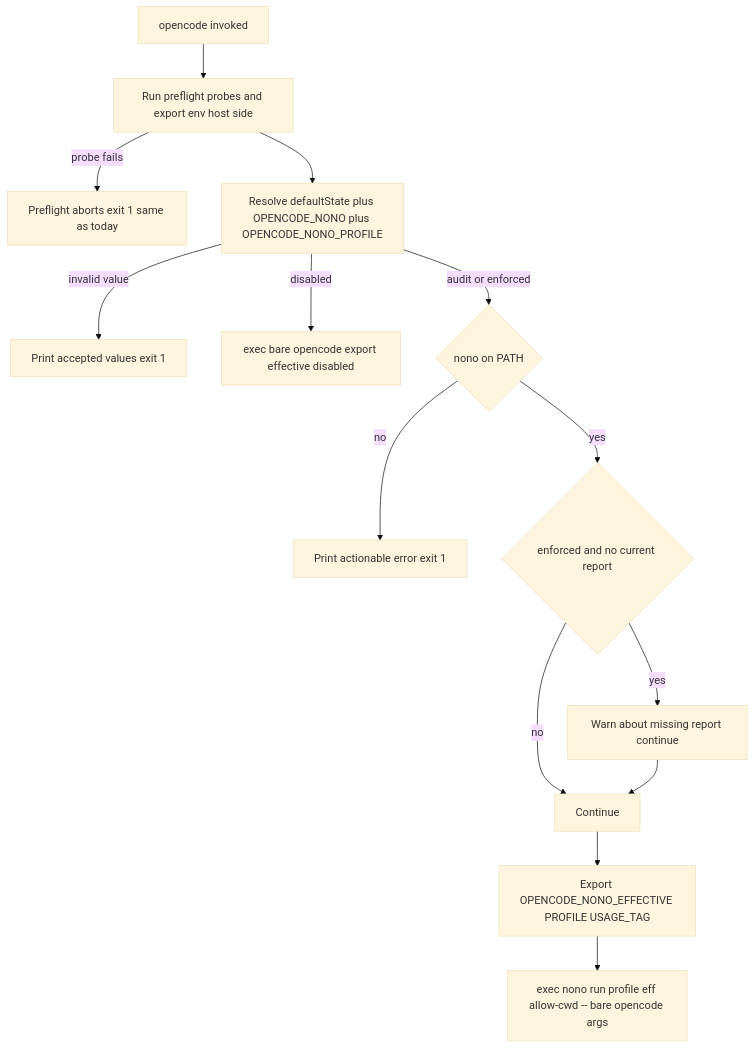
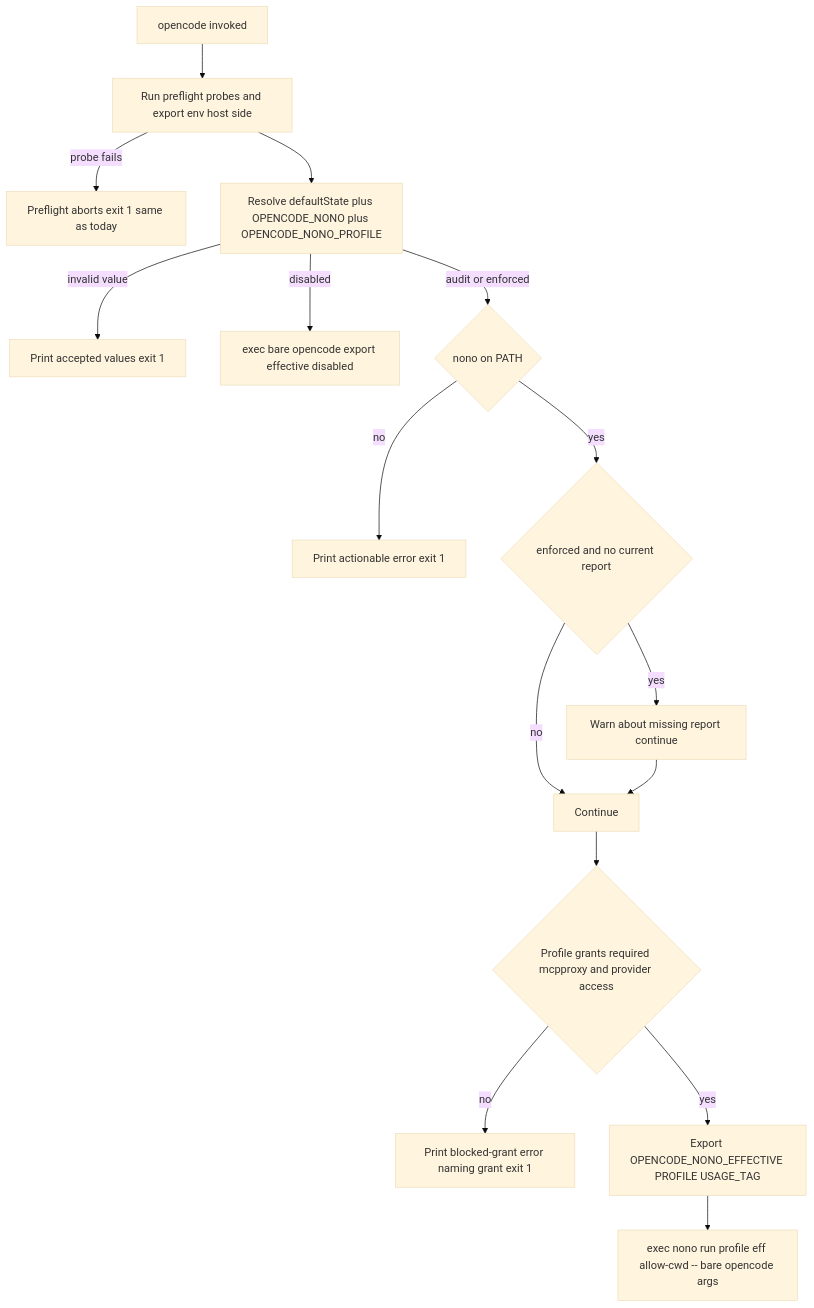
The second of 3 diagrams in .kiro/specs/opencode-nono-sandbox/design.md (DWSR/nix-config), drawn with Mermaid (base theme) before and after one commit. The commit also changed other lines of this file and 2 other files, not shown here.

Commit message:
docs(opencode-nono-sandbox): apply design-review fixes, approve spec, add tasks

````diff
--- a/.kiro/specs/opencode-nono-sandbox/design.md
+++ b/.kiro/specs/opencode-nono-sandbox/design.md
@@ -253,16 +253,18 @@
 ```mermaid
 flowchart TD
     Start[opencode invoked] --> Pre[Run preflight probes and export env host side]
     Pre -->|probe fails| Abort[Preflight aborts exit 1 same as today]
     Pre --> Resolve[Resolve defaultState plus OPENCODE_NONO plus OPENCODE_NONO_PROFILE]
     Resolve -->|invalid value| Err[Print accepted values exit 1]
     Resolve -->|disabled| Bare[exec bare opencode export effective disabled]
     Resolve -->|audit or enforced| HasNono{nono on PATH}
     HasNono -->|no| FailClosed[Print actionable error exit 1]
     HasNono -->|yes| Fresh{enforced and no current report}
     Fresh -->|yes| Warn[Warn about missing report continue]
     Fresh -->|no| Go[Continue]
     Warn --> Go
-    Go --> Export[Export OPENCODE_NONO_EFFECTIVE PROFILE USAGE_TAG]
+    Go --> Grant{Profile grants required mcpproxy and provider access}
+    Grant -->|no| BlockedErr[Print blocked-grant error naming grant exit 1]
+    Grant -->|yes| Export[Export OPENCODE_NONO_EFFECTIVE PROFILE USAGE_TAG]
     Export --> Exec[exec nono run profile eff allow-cwd -- bare opencode args]
 ```
````
